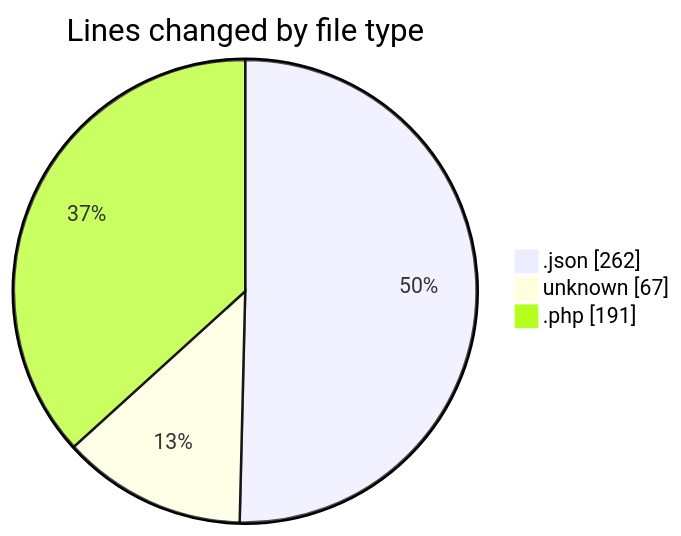
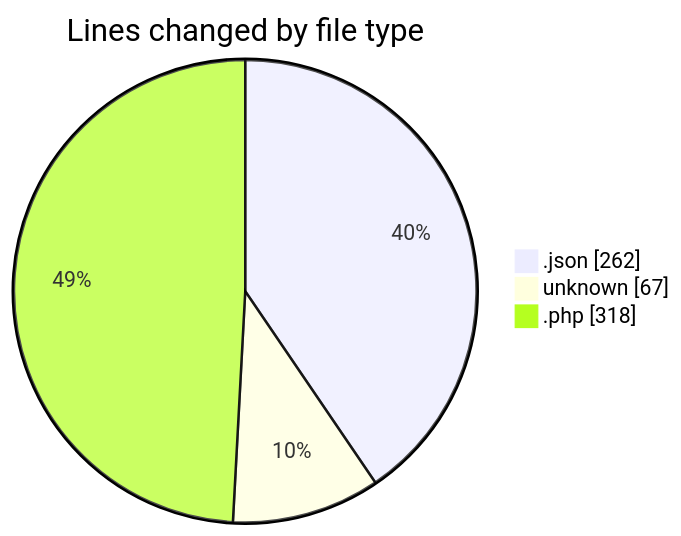
One commit to idhammustaqopulfikri/code-tracking changed the first of 2 diagrams in 2025-10-05/laravel-penyewaan-lapangan-futsal/README.md. Above: the diagram before and after it, drawn with Mermaid. The commit also changed other lines of this file and 1 other file, not shown here.

````diff
--- a/2025-10-05/laravel-penyewaan-lapangan-futsal/README.md
+++ b/2025-10-05/laravel-penyewaan-lapangan-futsal/README.md
@@ -22,7 +24,7 @@
 ```mermaid
 pie showData
 title Lines changed by file type
 ".json" : 262
 "unknown" : 67
-".php" : 191
+".php" : 318
 ```
````
